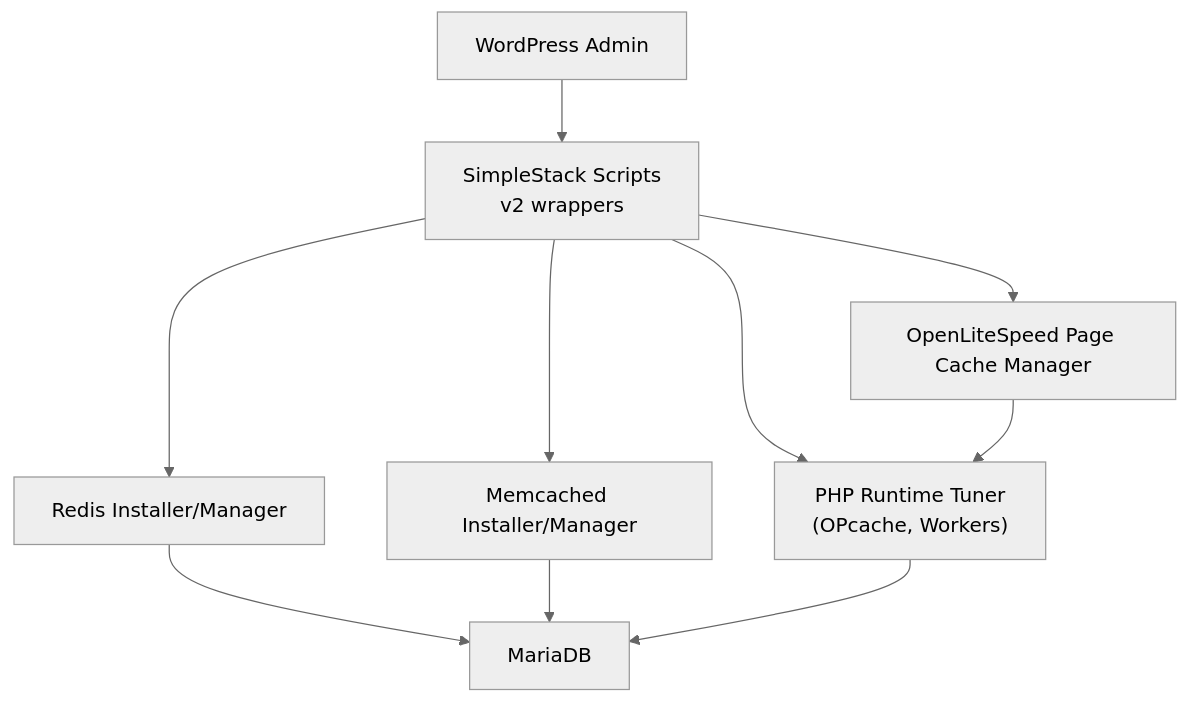
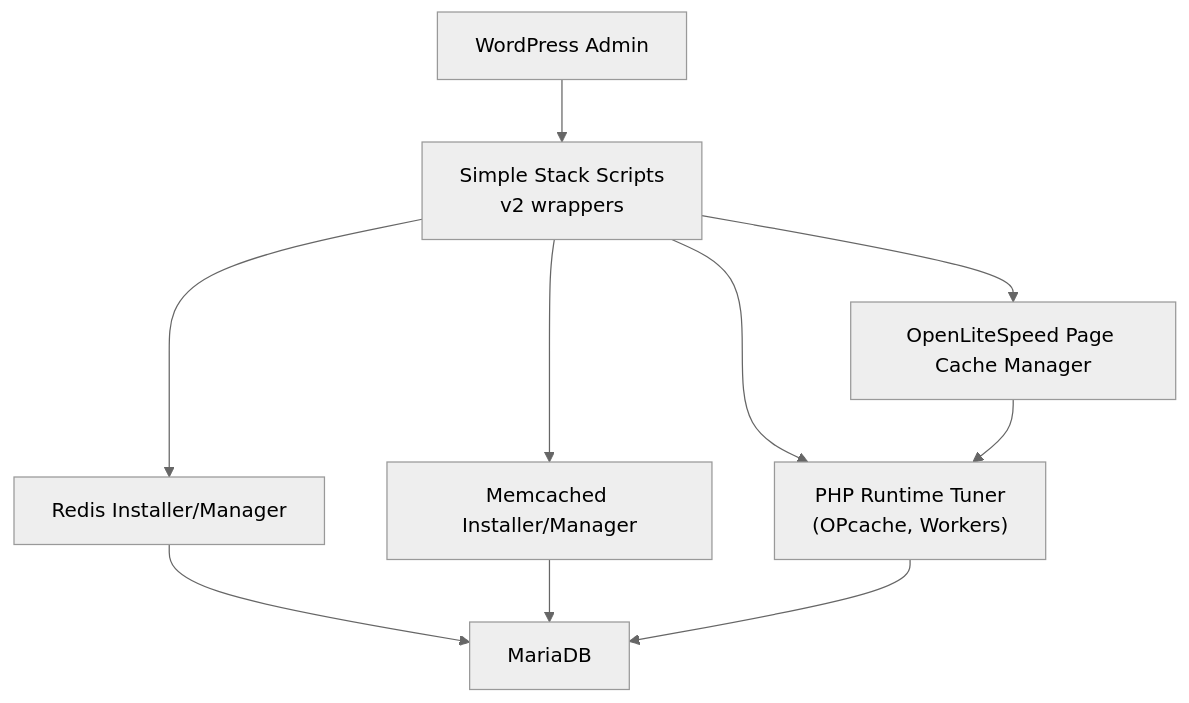
The first of 6 diagrams in .qoder/repowiki/en/content/Operational Tools/Performance Optimization Tools/Performance Optimization Tools.md (onedogsolutions/simple-stack), drawn with Mermaid (neutral theme) before and after one commit. The commit also changed other lines of this file and 5941 other files, not shown here.

First line of the commit message:
refactor(core): rebrand WPCloudDeploy to Simple Stack with new namespaces and prefixes

````diff
--- a/.qoder/repowiki/en/content/Operational Tools/Performance Optimization Tools/Performance Optimization Tools.md
+++ b/.qoder/repowiki/en/content/Operational Tools/Performance Optimization Tools/Performance Optimization Tools.md
@@ -49,12 +49,12 @@
 ```mermaid
 graph TB
-WP["WordPress Admin"] --> SS["SimpleStack Scripts<br/>v2 wrappers"]
+WP["WordPress Admin"] --> SS["Simple Stack Scripts<br/>v2 wrappers"]
 SS --> RDS["Redis Installer/Manager"]
 SS --> MEM["Memcached Installer/Manager"]
 SS --> OLS["OpenLiteSpeed Page Cache Manager"]
 SS --> PHP["PHP Runtime Tuner<br/>(OPcache, Workers)"]
 RDS --> DB["MariaDB"]
 MEM --> DB
 OLS --> PHP
 PHP --> DB
 ```
````
